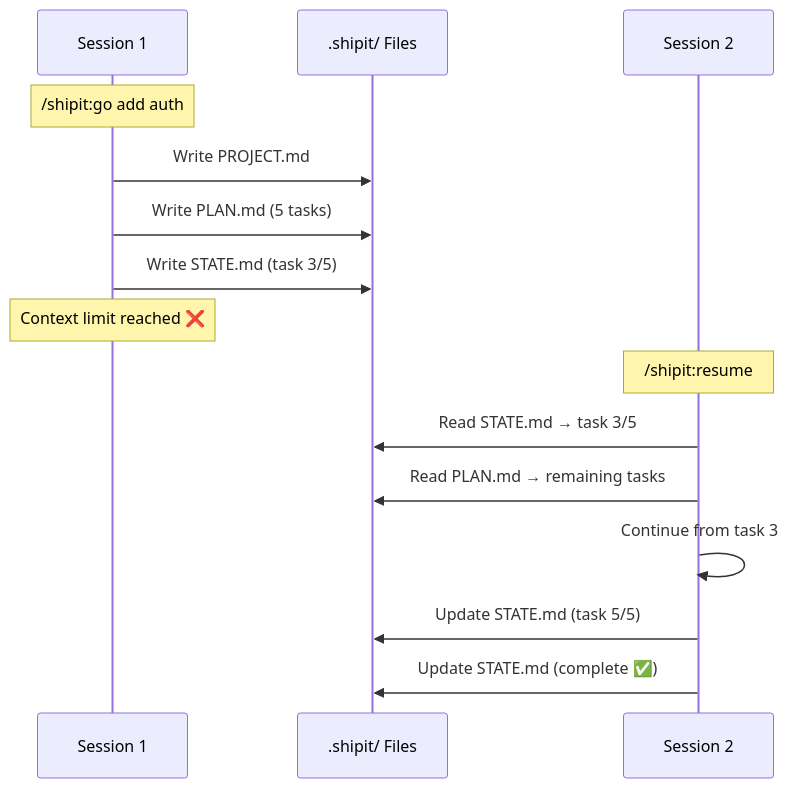
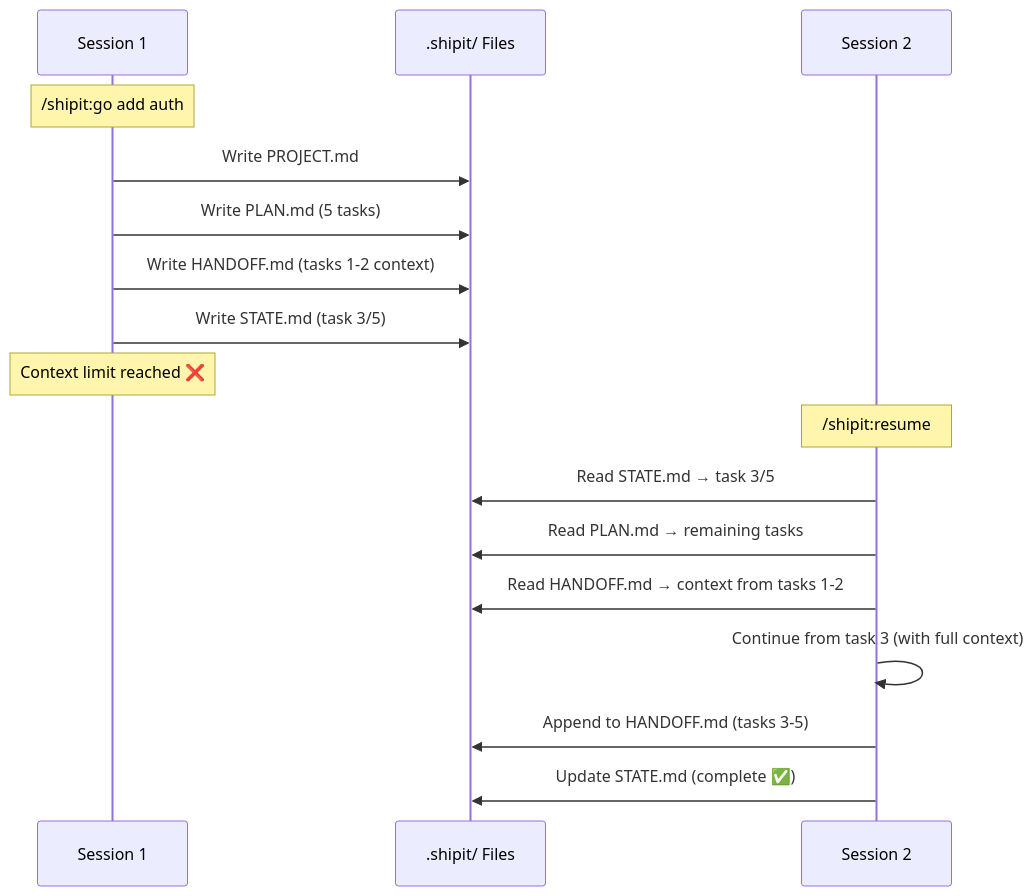
The fifth of 5 diagrams in README.md (praful011/shipit), drawn with Mermaid before and after one commit. The commit also changed other lines of this file and 5 other files, not shown here.

First line of the commit message:
feat: add HANDOFF.md for cross-task context sharing and loop context display

````diff
--- a/README.md
+++ b/README.md
@@ -474,22 +525,24 @@
 ```mermaid
 sequenceDiagram
     participant S1 as Session 1
     participant FS as .shipit/ Files
     participant S2 as Session 2
 
     Note over S1: /shipit:go add auth
 
     S1->>FS: Write PROJECT.md
     S1->>FS: Write PLAN.md (5 tasks)
+    S1->>FS: Write HANDOFF.md (tasks 1-2 context)
     S1->>FS: Write STATE.md (task 3/5)
 
     Note over S1: Context limit reached ❌
 
     Note over S2: /shipit:resume
 
     S2->>FS: Read STATE.md → task 3/5
     S2->>FS: Read PLAN.md → remaining tasks
-    S2->>S2: Continue from task 3
-    S2->>FS: Update STATE.md (task 5/5)
+    S2->>FS: Read HANDOFF.md → context from tasks 1-2
+    S2->>S2: Continue from task 3 (with full context)
+    S2->>FS: Append to HANDOFF.md (tasks 3-5)
     S2->>FS: Update STATE.md (complete ✅)
 ```
````
